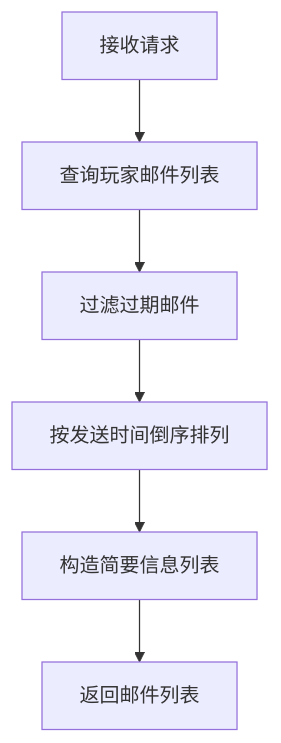
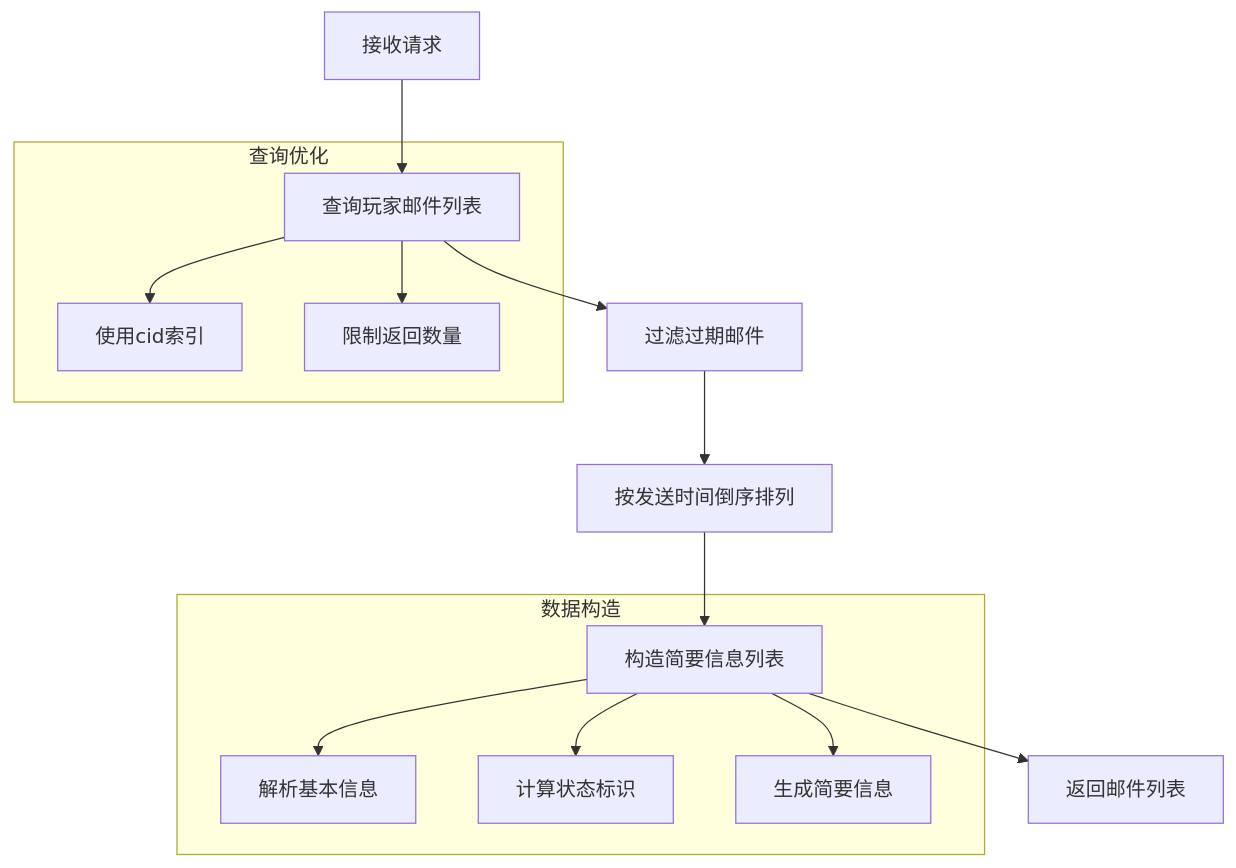
Before and after one commit to Alan-Ben/k2c_game_framework: the third of 16 diagrams in docs/Module_Mail/02_协议文档.md, drawn with Mermaid. The commit also changed other lines of this file and 10 other files, not shown here.

Commit message:
docs: 完善 Consort/Mail/Rank 模块文档 - mermaid图、代码示例、完整字段列表

````diff
--- a/docs/Module_Mail/02_协议文档.md
+++ b/docs/Module_Mail/02_协议文档.md
@@ -87,8 +121,19 @@
 ```mermaid
 flowchart TD
     A[接收请求] --> B[查询玩家邮件列表]
     B --> C[过滤过期邮件]
     C --> D[按发送时间倒序排列]
     D --> E[构造简要信息列表]
     E --> F[返回邮件列表]
+
+    subgraph 查询优化
+        B --> B1[使用cid索引]
+        B --> B2[限制返回数量]
+    end
+
+    subgraph 数据构造
+        E --> E1[解析基本信息]
+        E --> E2[计算状态标识]
+        E --> E3[生成简要信息]
+    end
 ```
````
